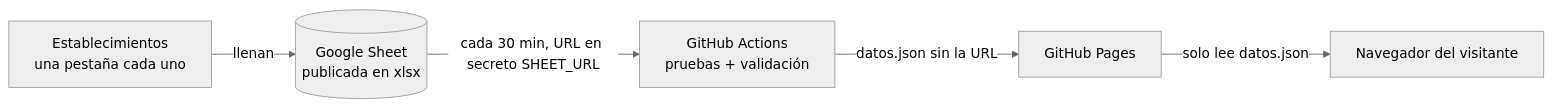
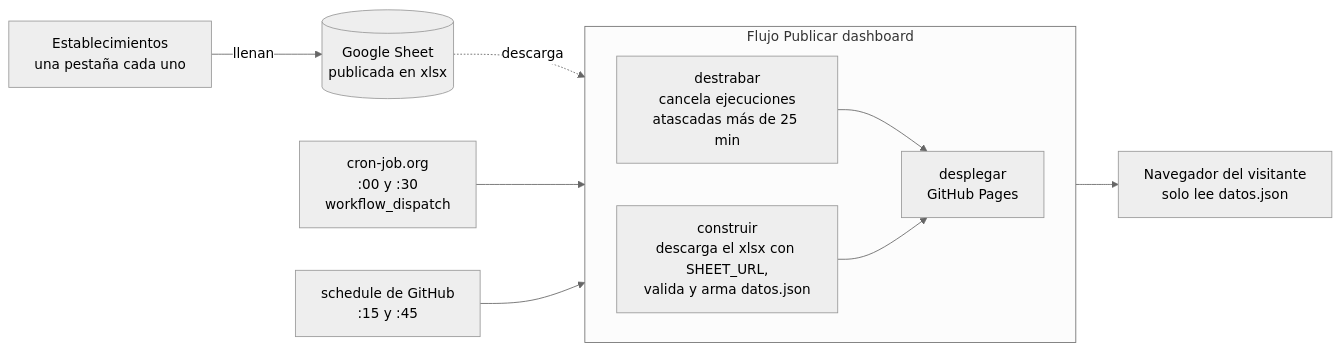
The diagram in README.md (Alexis-VsCode/turismo-patate), drawn with Mermaid (neutral theme) before and after one commit. The commit also changed other lines of this file and 33 other files, not shown here.

Commit message:
feat(ui): encabezado y pie profesionales, contacto del municipio con aviso de redes pendientes, publicación reforzada y documentación completa

````diff
--- a/README.md
+++ b/README.md
@@ -71,7 +82,16 @@
 ```mermaid
 flowchart LR
     A[Establecimientos<br/>una pestaña cada uno] -->|llenan| B[(Google Sheet<br/>publicada en xlsx)]
-    B -->|cada 30 min, URL en secreto SHEET_URL| C[GitHub Actions<br/>pruebas + validación]
-    C -->|datos.json sin la URL| D[GitHub Pages]
-    D -->|solo lee datos.json| E[Navegador del visitante]
+    CJ[cron-job.org<br/>:00 y :30<br/>workflow_dispatch] --> F
+    GS[schedule de GitHub<br/>:15 y :45] --> F
+    subgraph F[Flujo Publicar dashboard]
+        direction LR
+        X[destrabar<br/>cancela ejecuciones<br/>atascadas más de 25 min]
+        C[construir<br/>descarga el xlsx con SHEET_URL,<br/>valida y arma datos.json]
+        D[desplegar<br/>GitHub Pages]
+        X --> D
+        C --> D
+    end
+    B -.->|descarga| C
+    D --> E[Navegador del visitante<br/>solo lee datos.json]
 ```
````
